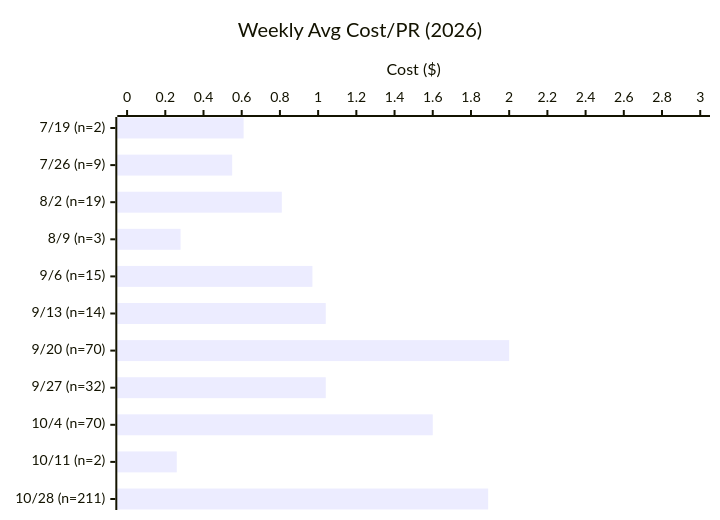
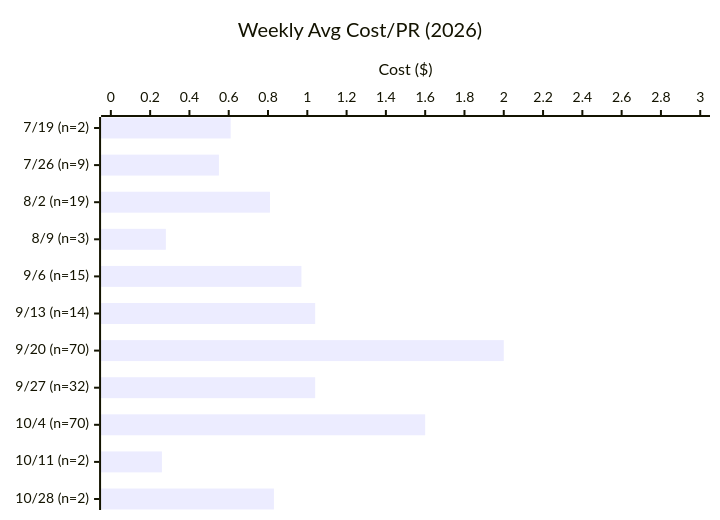
The second of 3 diagrams in EVAL.md (Sanctum-Origo-Systems/autoloop), drawn with Mermaid before and after one commit. The commit also changed other lines of this file and 1 other file, not shown here.

````diff
--- a/EVAL.md
+++ b/EVAL.md
@@ -94,7 +96,7 @@
 ```mermaid
 xychart-beta horizontal
     title "Weekly Avg Cost/PR (2026)"
-    x-axis ["7/19 (n=2)", "7/26 (n=9)", "8/2 (n=19)", "8/9 (n=3)", "9/6 (n=15)", "9/13 (n=14)", "9/20 (n=70)", "9/27 (n=32)", "10/4 (n=70)", "10/11 (n=2)", "10/28 (n=211)"]
+    x-axis ["7/19 (n=2)", "7/26 (n=9)", "8/2 (n=19)", "8/9 (n=3)", "9/6 (n=15)", "9/13 (n=14)", "9/20 (n=70)", "9/27 (n=32)", "10/4 (n=70)", "10/11 (n=2)", "10/28 (n=2)"]
     y-axis "Cost ($)" 0 --> 3
-    bar [0.61, 0.55, 0.81, 0.28, 0.97, 1.04, 2.00, 1.04, 1.60, 0.26, 1.89]
+    bar [0.61, 0.55, 0.81, 0.28, 0.97, 1.04, 2.00, 1.04, 1.60, 0.26, 0.83]
 ```
````
